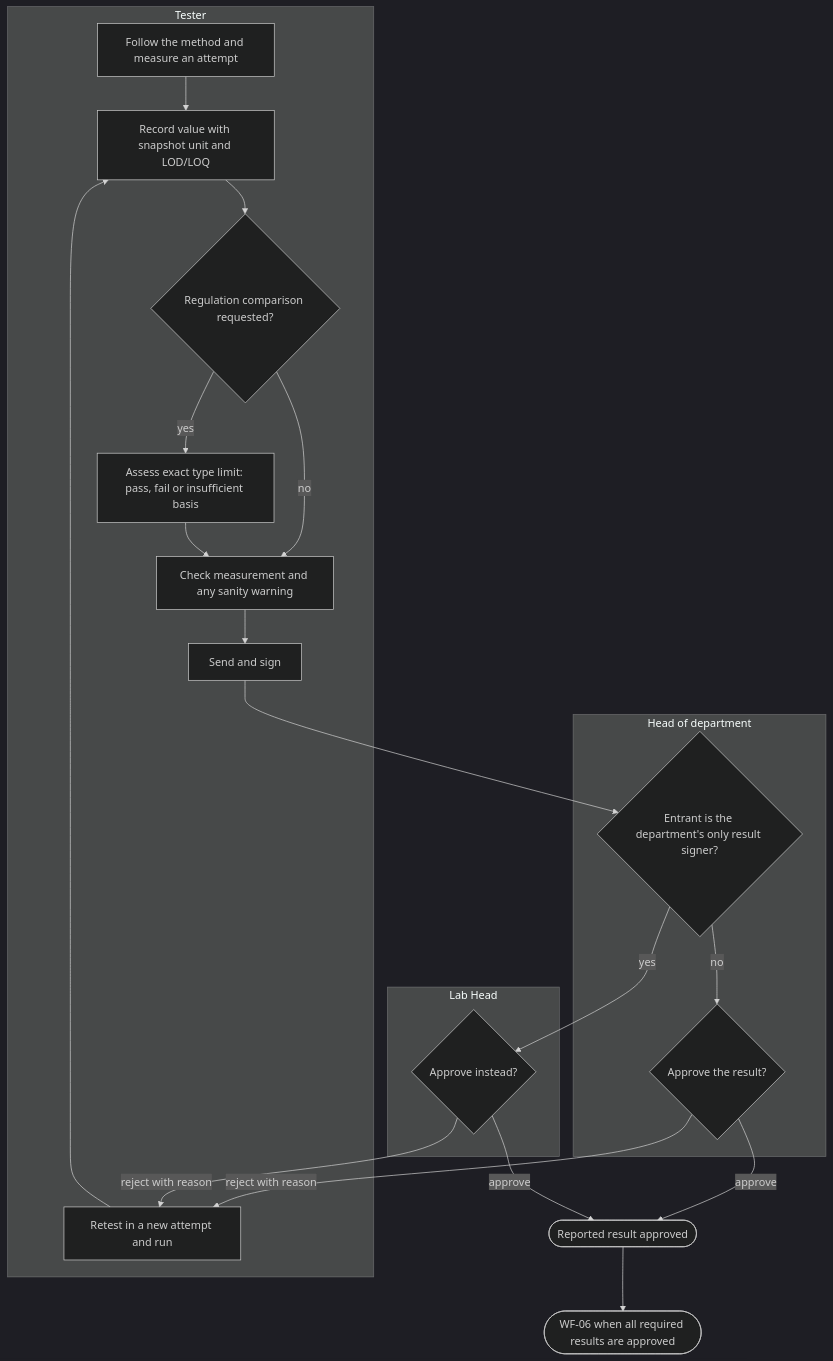
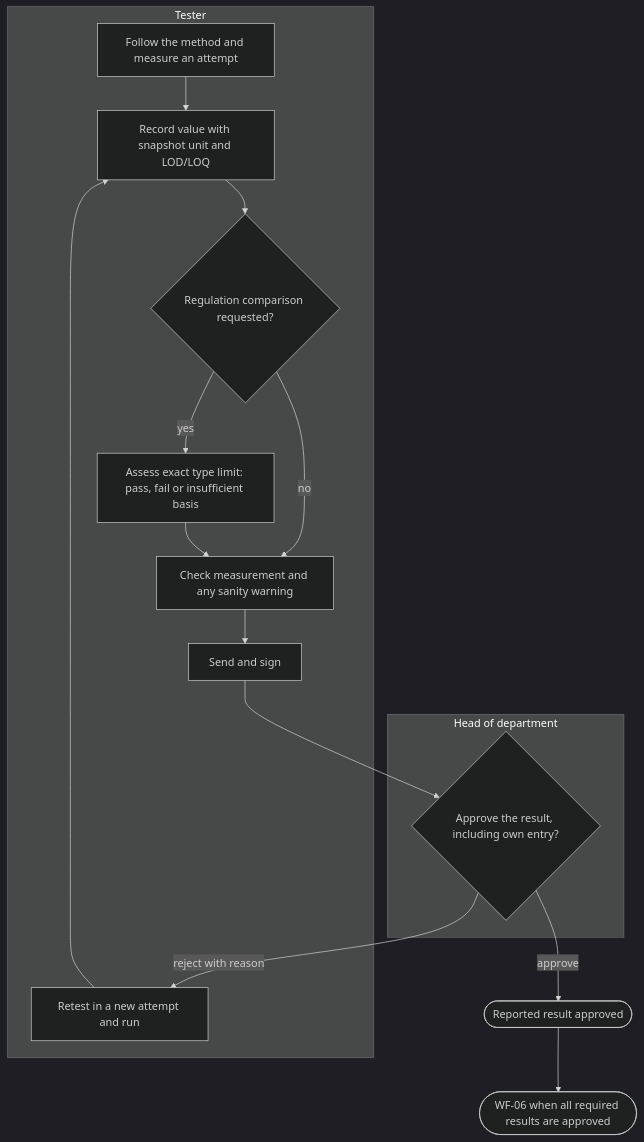
One commit to SoltuneMontepre/medilab changed the fourth of 16 diagrams in docs/functional/business-flows.md. Above: the diagram before and after it, drawn with Mermaid (dark theme). The commit also changed other lines of this file and 22 other files, not shown here.

````diff
--- a/docs/functional/business-flows.md
+++ b/docs/functional/business-flows.md
@@ -202,26 +202,18 @@
 ```mermaid
 flowchart TD
     subgraph lane10 ["Tester"]
         t1[Follow the method and measure an attempt] --> t2[Record value with snapshot unit and LOD/LOQ]
         t2 --> q{Regulation comparison requested?}
         q -->|yes| t3[Assess exact type limit: pass, fail or insufficient basis]
         q -->|no| t4[Check measurement and any sanity warning]
         t3 --> t4 --> t5[Send and sign]
         t6[Retest in a new attempt and run]
     end
     subgraph lane11 ["Head of department"]
-        h0{Entrant is the department's only result signer?}
-        h1{Approve the result?}
+        h1{Approve the result, including own entry?}
     end
-    subgraph lane43 ["Lab Head"]
-        l1{Approve instead?}
-    end
-    t5 --> h0
-    h0 -->|no| h1
-    h0 -->|yes| l1
+    t5 --> h1
     h1 -->|reject with reason| t6 --> t2
-    l1 -->|reject with reason| t6
     h1 -->|approve| done([Reported result approved])
-    l1 -->|approve| done
     done --> wf06([WF-06 when all required results are approved])
 ```
````
